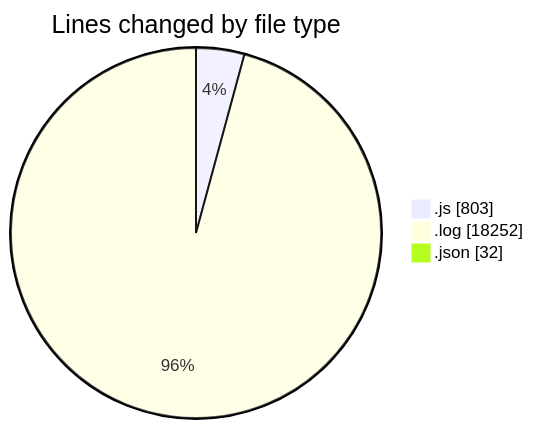
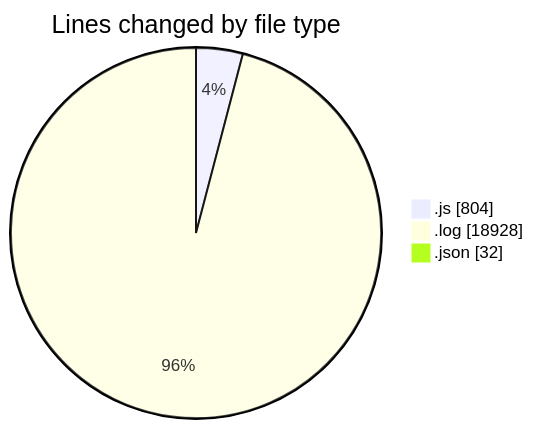
One commit to nxtqubesakshisongat/code-tracking changed the first of 2 diagrams in 2025-04-15/nxtqube_webapp/README.md. Above: the diagram before and after it, drawn with Mermaid. The commit also changed other lines of this file and 1 other file, not shown here.

````diff
--- a/2025-04-15/nxtqube_webapp/README.md
+++ b/2025-04-15/nxtqube_webapp/README.md
@@ -36,7 +38,7 @@
 ```mermaid
 pie showData
 title Lines changed by file type
-".js" : 803
-".log" : 18252
+".js" : 804
+".log" : 18928
 ".json" : 32
 ```
````
